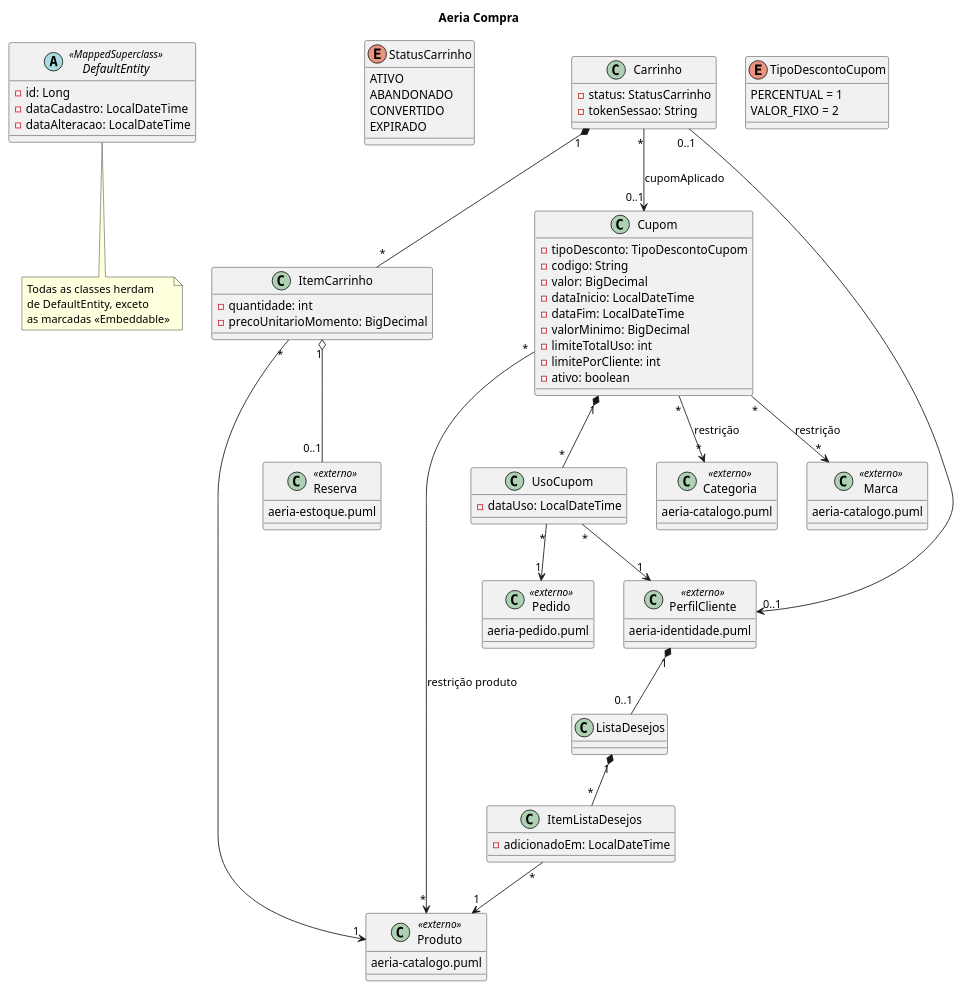
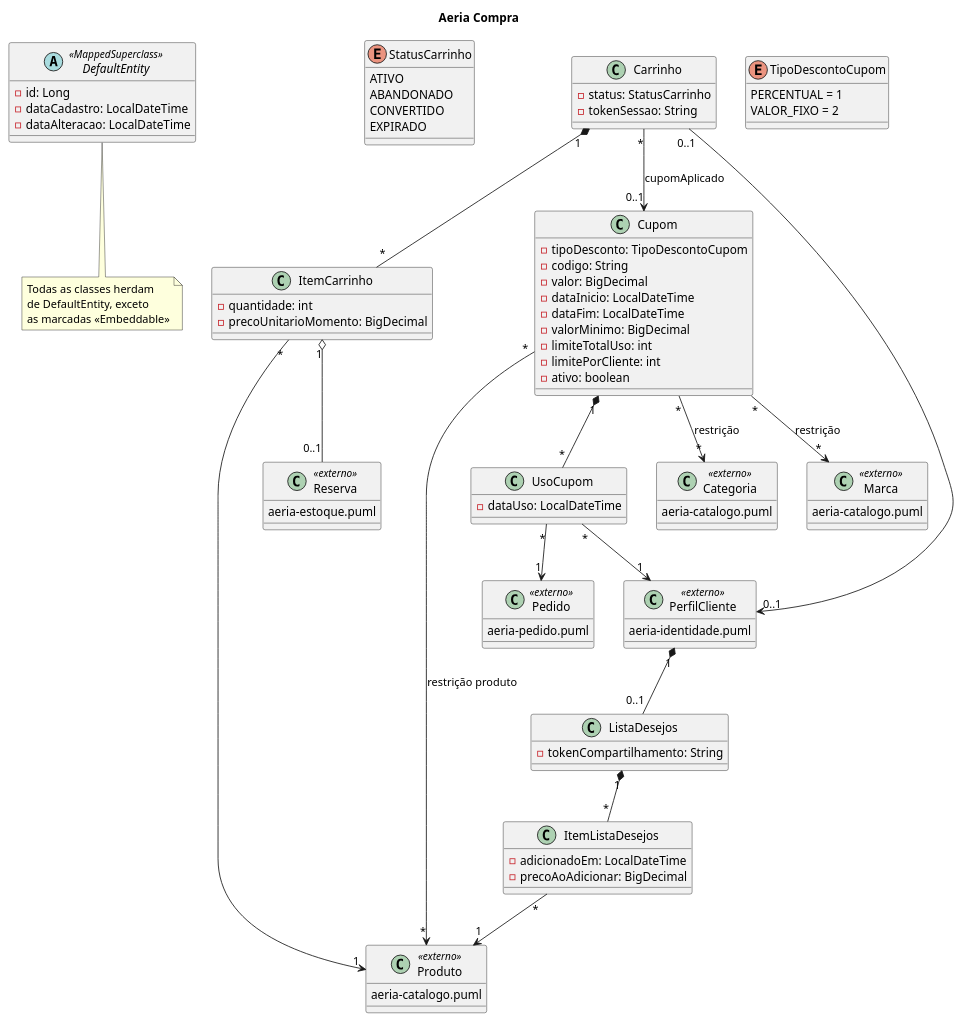
Before and after one commit to DaviRSuassuna/Droneshop: the diagram in docs/diagramas/aeria-compra.puml, drawn with PlantUML. The commit also changed 257 other files, not shown here.

```diff
--- a/docs/diagramas/aeria-compra.puml
+++ b/docs/diagramas/aeria-compra.puml
@@ -1,101 +1,103 @@
 @startuml aeria-compra
 
 title Aeria Compra
 
 abstract class DefaultEntity <<MappedSuperclass>> {
   -id: Long
   -dataCadastro: LocalDateTime
   -dataAlteracao: LocalDateTime
 }
 
 note bottom of DefaultEntity
   Todas as classes herdam
   de DefaultEntity, exceto
   as marcadas <<Embeddable>>
 end note
 
 enum StatusCarrinho {
   ATIVO
   ABANDONADO
   CONVERTIDO
   EXPIRADO
 }
 
 class Carrinho {
   -status: StatusCarrinho
   -tokenSessao: String
 }
 
 class ItemCarrinho {
   -quantidade: int
   -precoUnitarioMomento: BigDecimal
 }
 
 class ListaDesejos {
+  -tokenCompartilhamento: String
 }
 
 class ItemListaDesejos {
   -adicionadoEm: LocalDateTime
+  -precoAoAdicionar: BigDecimal
 }
 
 enum TipoDescontoCupom {
   PERCENTUAL = 1
   VALOR_FIXO = 2
 }
 
 class Cupom {
   -tipoDesconto: TipoDescontoCupom
   -codigo: String
   -valor: BigDecimal
   -dataInicio: LocalDateTime
   -dataFim: LocalDateTime
   -valorMinimo: BigDecimal
   -limiteTotalUso: int
   -limitePorCliente: int
   -ativo: boolean
 }
 
 class UsoCupom {
   -dataUso: LocalDateTime
 }
 
 class Categoria <<externo>> {
   aeria-catalogo.puml
 }
 
 class Marca <<externo>> {
   aeria-catalogo.puml
 }
 
 class Pedido <<externo>> {
   aeria-pedido.puml
 }
 
 class PerfilCliente <<externo>> {
   aeria-identidade.puml
 }
 
 class Reserva <<externo>> {
   aeria-estoque.puml
 }
 
 class Produto <<externo>> {
   aeria-catalogo.puml
 }
 
 Carrinho "0..1" --> "0..1" PerfilCliente
 Carrinho "*" --> "0..1" Cupom : cupomAplicado
 Carrinho "1" *-- "*" ItemCarrinho
 ItemCarrinho "*" --> "1" Produto
 ItemCarrinho "1" o-- "0..1" Reserva
 PerfilCliente "1" *-- "0..1" ListaDesejos
 ListaDesejos "1" *-- "*" ItemListaDesejos
 ItemListaDesejos "*" --> "1" Produto
 Cupom "1" *-- "*" UsoCupom
 UsoCupom "*" --> "1" PerfilCliente
 UsoCupom "*" --> "1" Pedido
 Cupom "*" --> "*" Categoria : restrição
 Cupom "*" --> "*" Marca : restrição
 Cupom "*" --> "*" Produto : restrição produto
 
 @enduml
```
